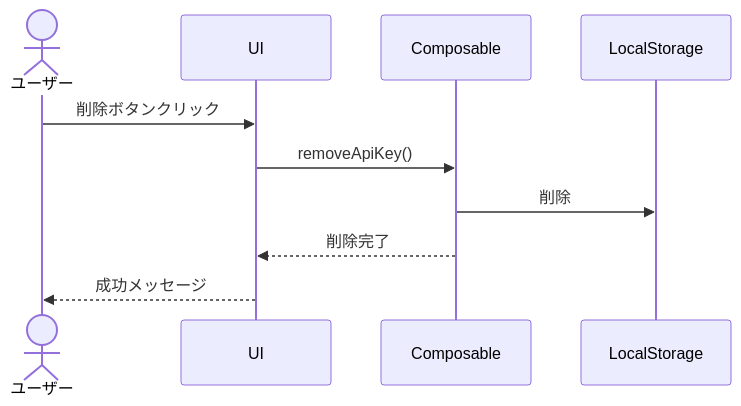
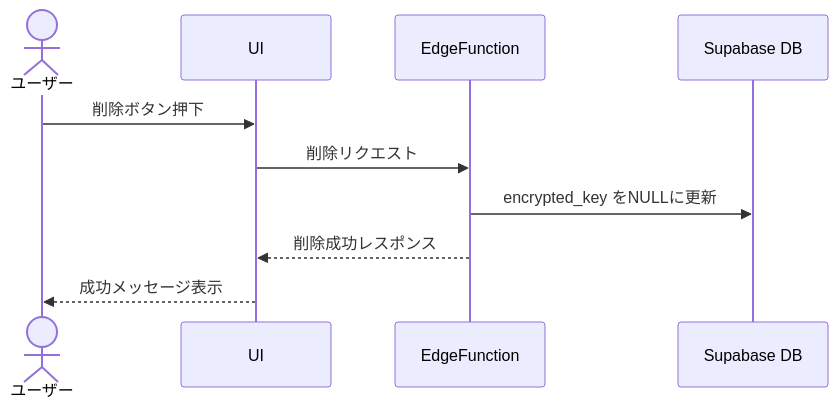
Before and after one commit to OtsukaTomoaki/prompt_smith: the third of 3 diagrams in docs/designs/openai_api_settings_design.md, drawn with Mermaid. The commit also changed other lines of this file and 1 other file, not shown here.

````diff
--- a/docs/designs/openai_api_settings_design.md
+++ b/docs/designs/openai_api_settings_design.md
@@ -112,9 +88,9 @@
 ```mermaid
 sequenceDiagram
     Actor ユーザー
-    ユーザー->>UI: 削除ボタンクリック
-    UI->>Composable: removeApiKey()
-    Composable->>LocalStorage: 削除
-    Composable-->>UI: 削除完了
-    UI-->>ユーザー: 成功メッセージ
+    ユーザー->>UI: 削除ボタン押下
+    UI->>EdgeFunction: 削除リクエスト
+    EdgeFunction->>Supabase DB: encrypted_key をNULLに更新
+    EdgeFunction-->>UI: 削除成功レスポンス
+    UI-->>ユーザー: 成功メッセージ表示
 ```
````
